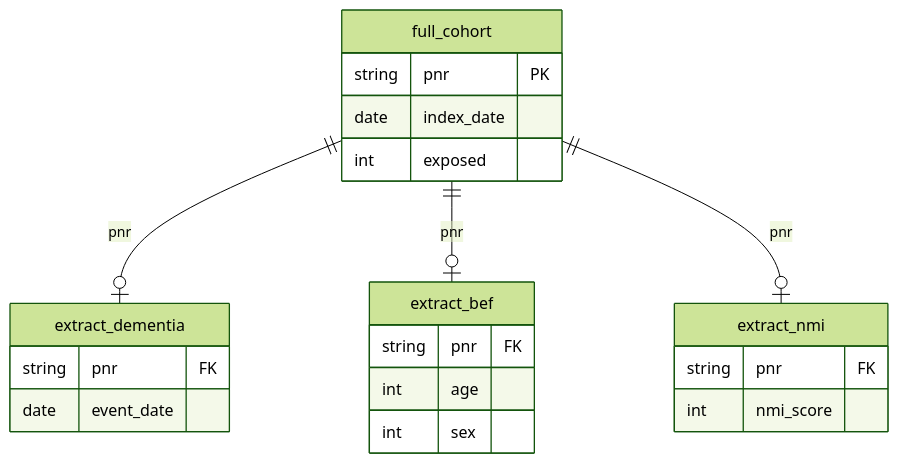
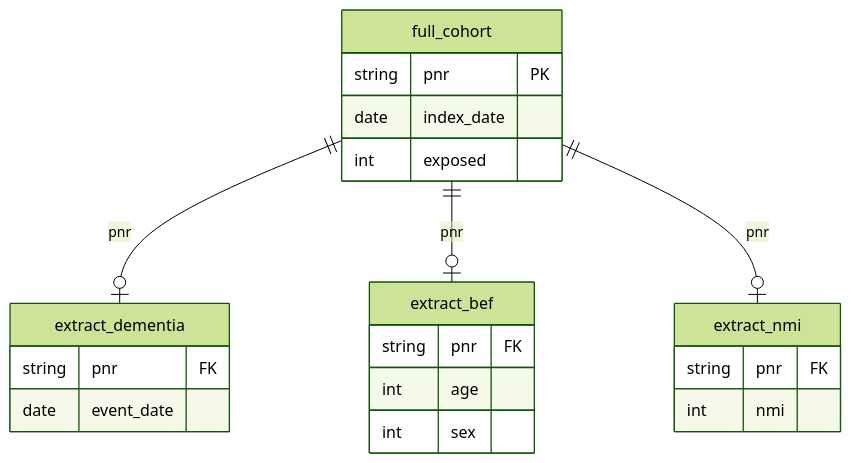
Before and after one commit to steno-aarhus/registers-guide: the diagram in joins.qmd, drawn with Mermaid (forest theme). The commit also changed other lines of this file and 45 other files, not shown here.

````diff
--- a/joins.qmd
+++ b/joins.qmd
@@ -39,24 +39,24 @@
 ```{mermaid}
 erDiagram
     full_cohort ||--o| extract_dementia : pnr
     full_cohort ||--o| extract_bef : pnr
     full_cohort ||--o| extract_nmi : pnr
     full_cohort {
         string pnr PK
         date index_date
         int exposed
     }
     extract_dementia {
         string pnr FK
         date event_date
     }
     extract_bef {
         string pnr FK
         int age
         int sex
     }
     extract_nmi {
         string pnr FK
-        int nmi_score
+        int nmi
     }
 ```
````
